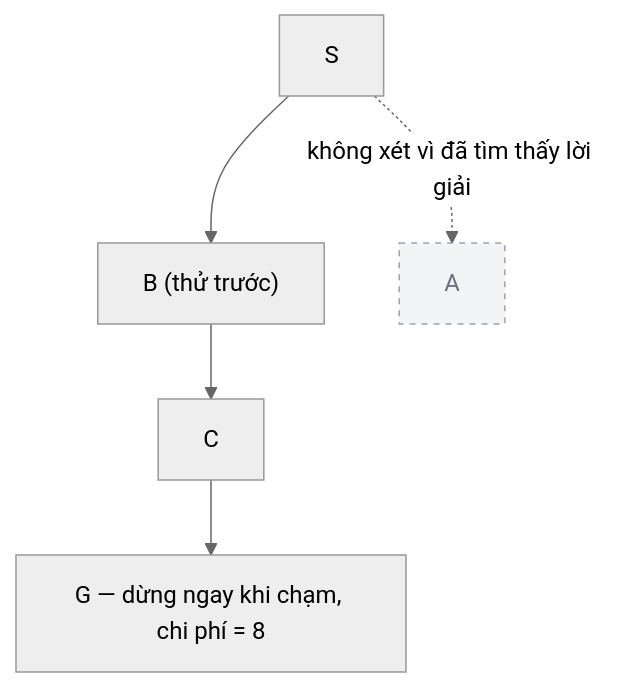
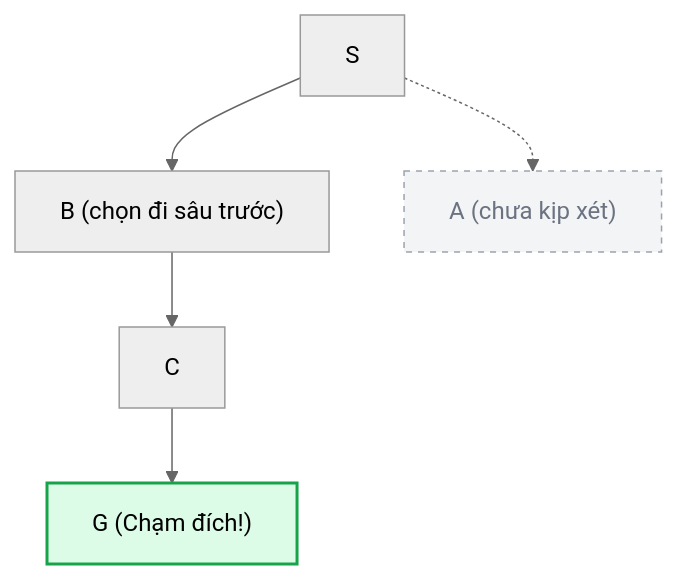
Before and after one commit to KazinMintori/StudyHub: the fourth of 6 diagrams in docs/bieu-dien-tri-thuc/bai-giang/02-tim-kiem-mu.md, drawn with Mermaid (neutral theme). The commit also changed other lines of this file and 558 other files, not shown here.

````diff
--- a/docs/bieu-dien-tri-thuc/bai-giang/02-tim-kiem-mu.md
+++ b/docs/bieu-dien-tri-thuc/bai-giang/02-tim-kiem-mu.md
@@ -74,9 +159,12 @@
 ```mermaid
 flowchart TD
-    S1["S"] --> B1["B (thử trước)"]
-    B1 --> C1["C"]
-    C1 --> G1["G — dừng ngay khi chạm, chi phí = 8"]
-    S1 -.->|"không xét vì đã tìm thấy lời giải"| A1["A"]
-    classDef skip fill:#f3f4f6,stroke:#9ca3af,stroke-dasharray:4 4,color:#6b7280;
-    class A1 skip;
+    S["S"] --> B["B (chọn đi sâu trước)"]
+    B --> C["C"]
+    C --> G["G (Chạm đích!)"]
+    S -.-> A["A (chưa kịp xét)"]
+
+    classDef goal fill:#dcfce7,stroke:#16a34a,stroke-width:2px;
+    classDef unvisited fill:#f3f4f6,stroke:#9ca3af,stroke-dasharray: 4 4,color:#6b7280;
+    class G goal;
+    class A unvisited;
 ```
````
